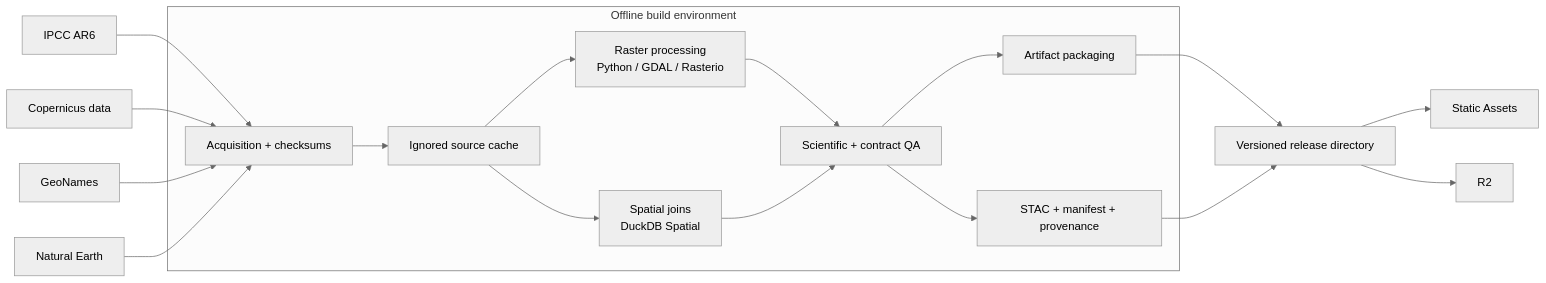
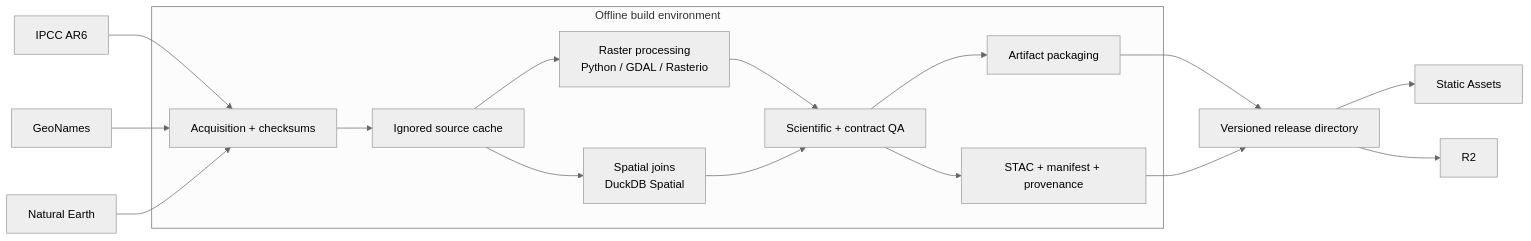
One commit to artemsemdev/SeaRise-Europe changed the second of 2 diagrams in docs/architecture/02-container-view.md. Above: the diagram before and after it, drawn with Mermaid (neutral theme). The commit also changed other lines of this file and 3 other files, not shown here.

````diff
--- a/docs/architecture/02-container-view.md
+++ b/docs/architecture/02-container-view.md
@@ -65,37 +65,35 @@
 ```mermaid
 flowchart LR
     IPCC[IPCC AR6]
-    Cop[Copernicus data]
     Geo[GeoNames]
     NE[Natural Earth]
 
     subgraph Build[Offline build environment]
         Fetch[Acquisition + checksums]
         Cache[Ignored source cache]
         Raster[Raster processing\nPython / GDAL / Rasterio]
         Spatial[Spatial joins\nDuckDB Spatial]
         QA[Scientific + contract QA]
         Pack[Artifact packaging]
         Evidence[STAC + manifest + provenance]
     end
 
     Release[Versioned release directory]
     Static[Static Assets]
     R2[R2]
 
     IPCC --> Fetch
-    Cop --> Fetch
     Geo --> Fetch
     NE --> Fetch
     Fetch --> Cache
     Cache --> Raster
     Cache --> Spatial
     Raster --> QA
     Spatial --> QA
     QA --> Pack
     QA --> Evidence
     Pack --> Release
     Evidence --> Release
     Release --> Static
     Release --> R2
 ```
````
